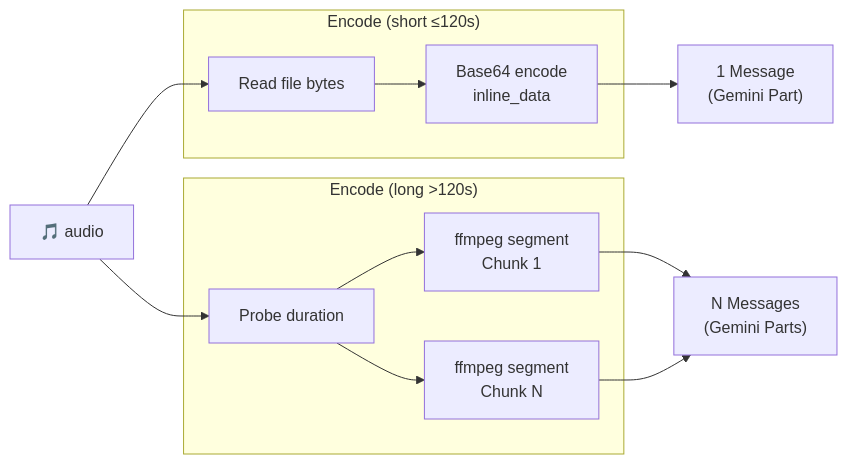
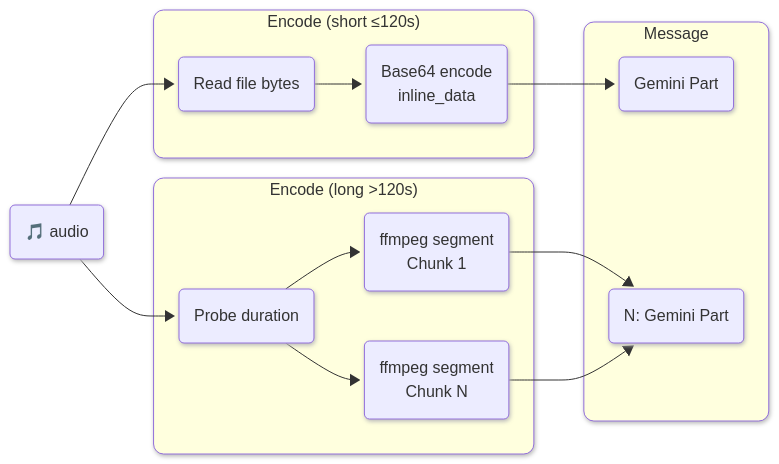
One commit to vlm-run/mm changed diagram 12 of 17 in docs/ENCODERS.md. Above: the diagram before and after it, drawn with Mermaid. The commit also changed other lines of this file and 1 other file, not shown here.

Commit message:
Use a proper message block with subgroups (#146)

````diff
--- a/docs/ENCODERS.md
+++ b/docs/ENCODERS.md
@@ -270,23 +325,29 @@
 ```mermaid
+%%{init: {'look': 'neo'} }%%
 graph LR
-  audio["🎵 audio"]
+  audio("🎵 audio")
 
   subgraph encode ["Encode (short ≤120s)"]
-    read["Read file bytes"]
-    b64["Base64 encode\ninline_data"]
+    read("Read file bytes")
+    b64("Base64 encode\ninline_data")
   end
 
   subgraph encode2 ["Encode (long >120s)"]
-    probe["Probe duration"]
-    c1["ffmpeg segment\nChunk 1"]
-    c2["ffmpeg segment\nChunk N"]
+    probe("Probe duration")
+    c1("ffmpeg segment\nChunk 1")
+    c2("ffmpeg segment\nChunk N")
   end
 
-  msg1["1 Message\n(Gemini Part)"]
-  msgN["N Messages\n(Gemini Parts)"]
+  subgraph message ["Message"]
+    msg1("Gemini Part")
+    msgN("N: Gemini Part")
+  end
 
   audio --> read --> b64 --> msg1
   audio --> probe
   probe --> c1 --> msgN
   probe --> c2 --> msgN
+  style encode rx:10px,ry:10px
+  style encode2 rx:10px,ry:10px
+  style message rx:10px,ry:10px
 ```
````
